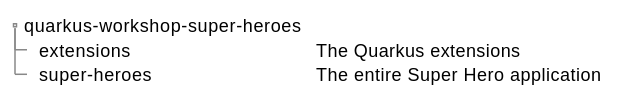
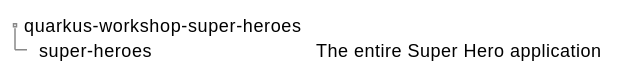
The first of 3 diagrams in quarkus-workshop-super-heroes/docs/src/main/asciidoc/0-introduction/introduction-preparing.adoc (quarkusio/quarkus-workshops), drawn with PlantUML before and after one commit. The commit also changed other lines of this file and 36 other files, not shown here.

```diff
--- a/quarkus-workshop-super-heroes/docs/src/main/asciidoc/0-introduction/introduction-preparing.adoc
+++ b/quarkus-workshop-super-heroes/docs/src/main/asciidoc/0-introduction/introduction-preparing.adoc
@@ -24,13 +24,12 @@
 [plantuml]
 ----
 @startsalt
 {
 {
 T
 quarkus-workshop-super-heroes
-+ extensions           | The Quarkus extensions
 + super-heroes         | The entire Super Hero application
 }
 }
 @endsalt
 ----
```
